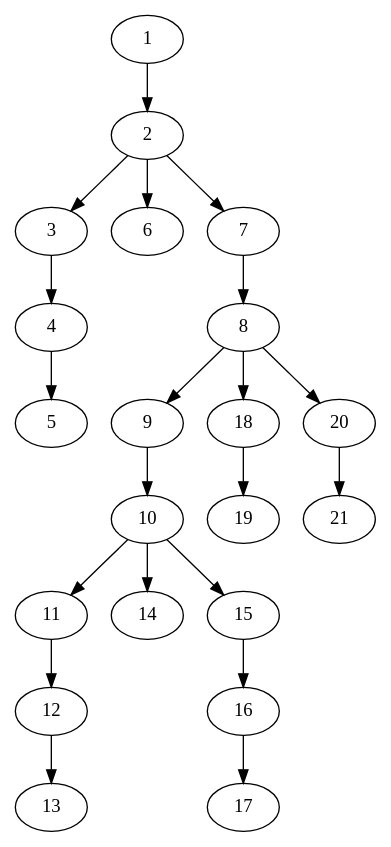
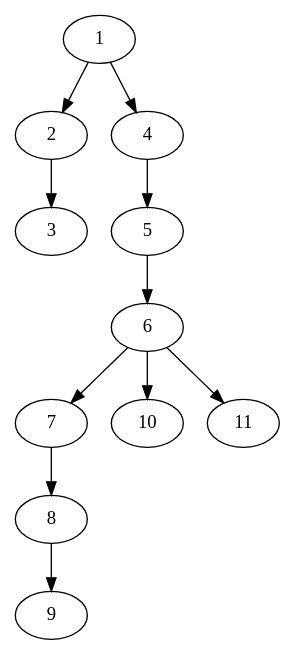
The diagram in caspian/src/ast_stuff.dot (Ajax12345/caspian-lang), drawn with Graphviz before and after one commit. The commit also changed 5 other files, not shown here.

```diff
--- a/caspian/src/ast_stuff.dot
+++ b/caspian/src/ast_stuff.dot
@@ -1,22 +1,12 @@
 strict digraph "" {
 	1 -> 2;
+	1 -> 4;
 	2 -> 3;
-	2 -> 6;
-	2 -> 7;
-	3 -> 4;
 	4 -> 5;
+	5 -> 6;
+	6 -> 7;
+	6 -> 10;
+	6 -> 11;
 	7 -> 8;
 	8 -> 9;
-	8 -> 18;
-	8 -> 20;
-	9 -> 10;
-	10 -> 11;
-	10 -> 14;
-	10 -> 15;
-	11 -> 12;
-	12 -> 13;
-	15 -> 16;
-	16 -> 17;
-	18 -> 19;
-	20 -> 21;
 }
```
